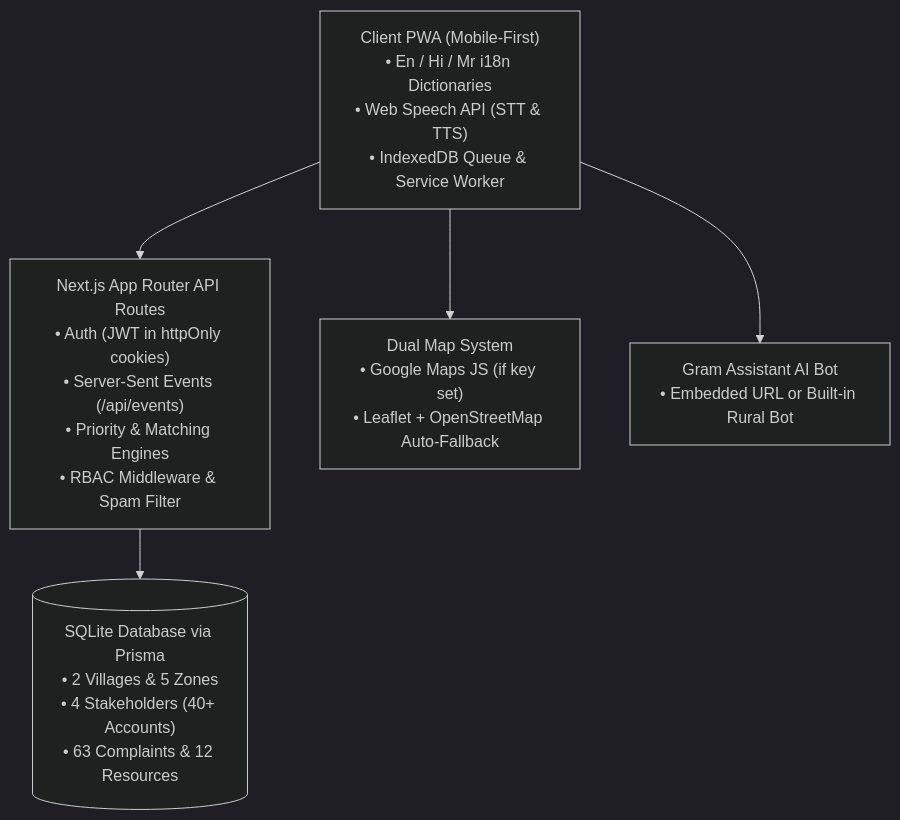
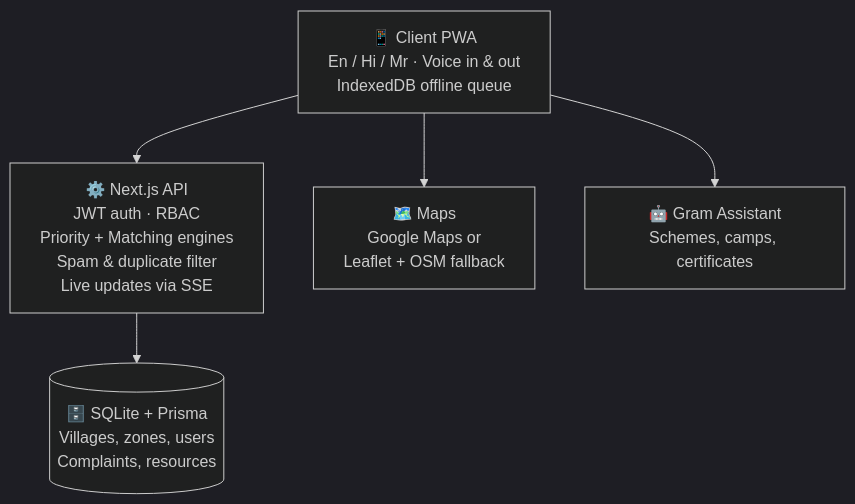
The diagram in README.md (shreeyashuk-arch/GramSetu), drawn with Mermaid (dark theme) before and after one commit. The commit also changed other lines of this file, not shown here.

````diff
--- a/README.md
+++ b/README.md
@@ -12,13 +86,12 @@
 ```mermaid
 graph TD
-    Client["Client PWA (Mobile-First)<br/>• En / Hi / Mr i18n Dictionaries<br/>• Web Speech API (STT & TTS)<br/>• IndexedDB Queue & Service Worker"]
-    API["Next.js App Router API Routes<br/>• Auth (JWT in httpOnly cookies)<br/>• Server-Sent Events (/api/events)<br/>• Priority & Matching Engines<br/>• RBAC Middleware & Spam Filter"]
-    DB[("SQLite Database via Prisma<br/>• 2 Villages & 5 Zones<br/>• 4 Stakeholders (40+ Accounts)<br/>• 63 Complaints & 12 Resources")]
-    Maps["Dual Map System<br/>• Google Maps JS (if key set)<br/>• Leaflet + OpenStreetMap Auto-Fallback"]
-    Chatbot["Gram Assistant AI Bot<br/>• Embedded URL or Built-in Rural Bot"]
+    Client["📱 Client PWA<br/>En / Hi / Mr · Voice in & out<br/>IndexedDB offline queue"]
+    API["⚙️ Next.js API<br/>JWT auth · RBAC<br/>Priority + Matching engines<br/>Spam & duplicate filter<br/>Live updates via SSE"]
+    DB[("🗄️ SQLite + Prisma<br/>Villages, zones, users<br/>Complaints, resources")]
+    Maps["🗺️ Maps<br/>Google Maps or<br/>Leaflet + OSM fallback"]
+    Bot["🤖 Gram Assistant<br/>Schemes, camps, certificates"]
 
-    Client --> API
-    API --> DB
+    Client --> API --> DB
     Client --> Maps
-    Client --> Chatbot
+    Client --> Bot
 ```
````
